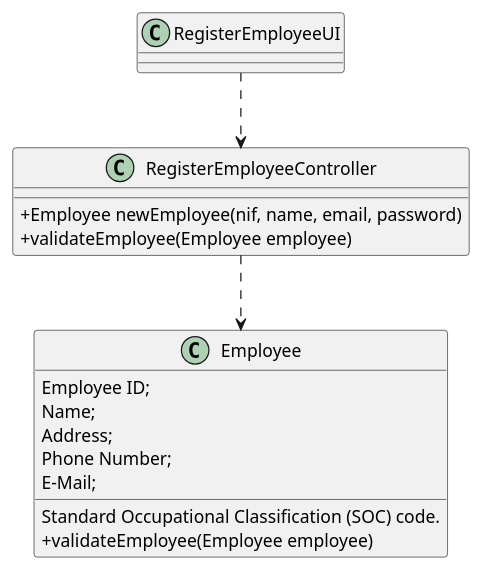
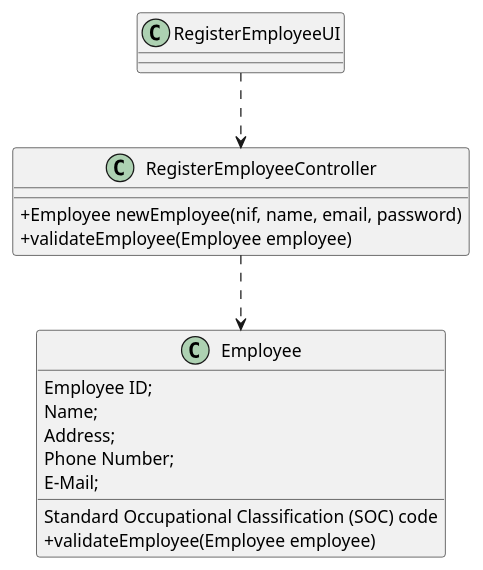
One commit to GuilhermeCunha79/lapr2 changed the diagram in docs/SprintB/UC7_RegisterAnEmployee/UC7_CD.puml. Above: the diagram before and after it, drawn with PlantUML. The commit also changed 2 other files, not shown here.

```diff
--- a/docs/SprintB/UC7_RegisterAnEmployee/UC7_CD.puml
+++ b/docs/SprintB/UC7_RegisterAnEmployee/UC7_CD.puml
@@ -1,27 +1,27 @@
 @startuml
 skinparam classAttributeIconSize 0
 
 class RegisterEmployeeUI
 {
 }
 
 class RegisterEmployeeController
 {
     +Employee newEmployee(nif, name, email, password)
     +validateEmployee(Employee employee)
 }
 
 class Employee
 {
 	Employee ID;
 	Name;
 	Address;
 	Phone Number;
 	E-Mail;
-	Standard Occupational Classification (SOC) code.
+	Standard Occupational Classification (SOC) code
     +validateEmployee(Employee employee)
 }
 
 RegisterEmployeeUI ..> RegisterEmployeeController
 RegisterEmployeeController ..> Employee
 @enduml
```
